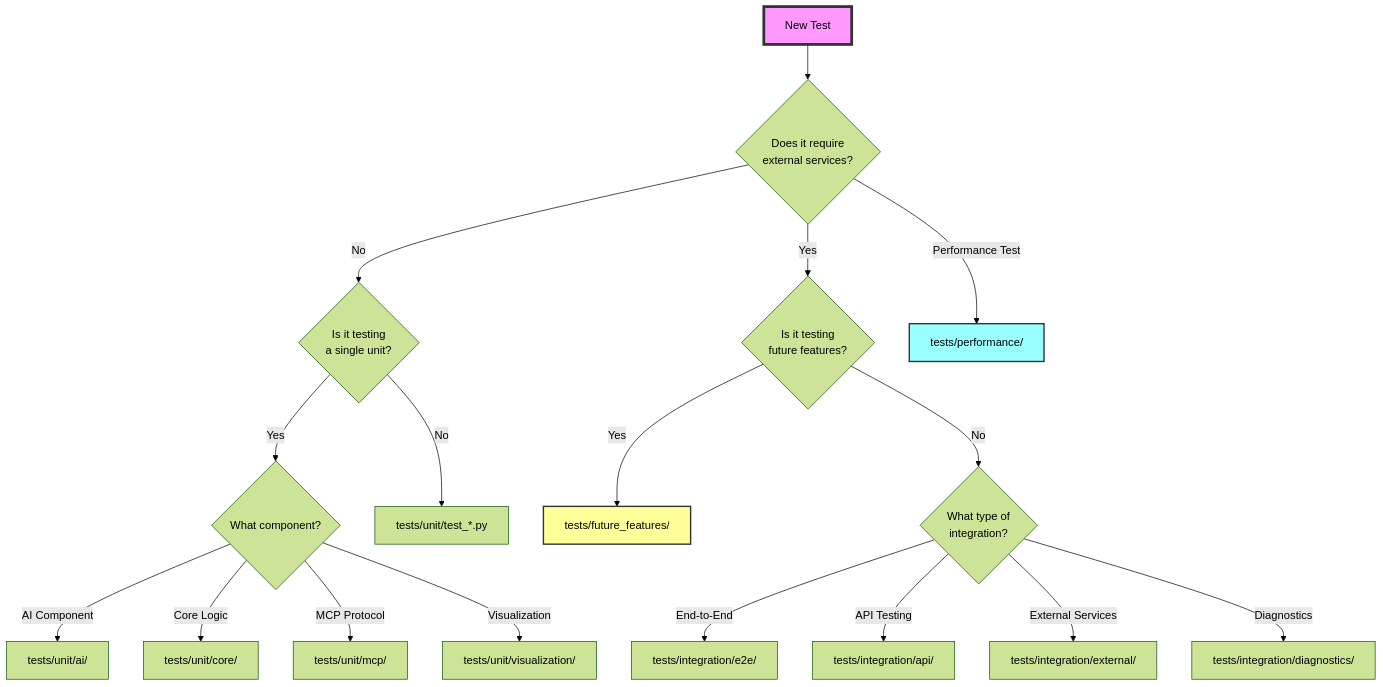
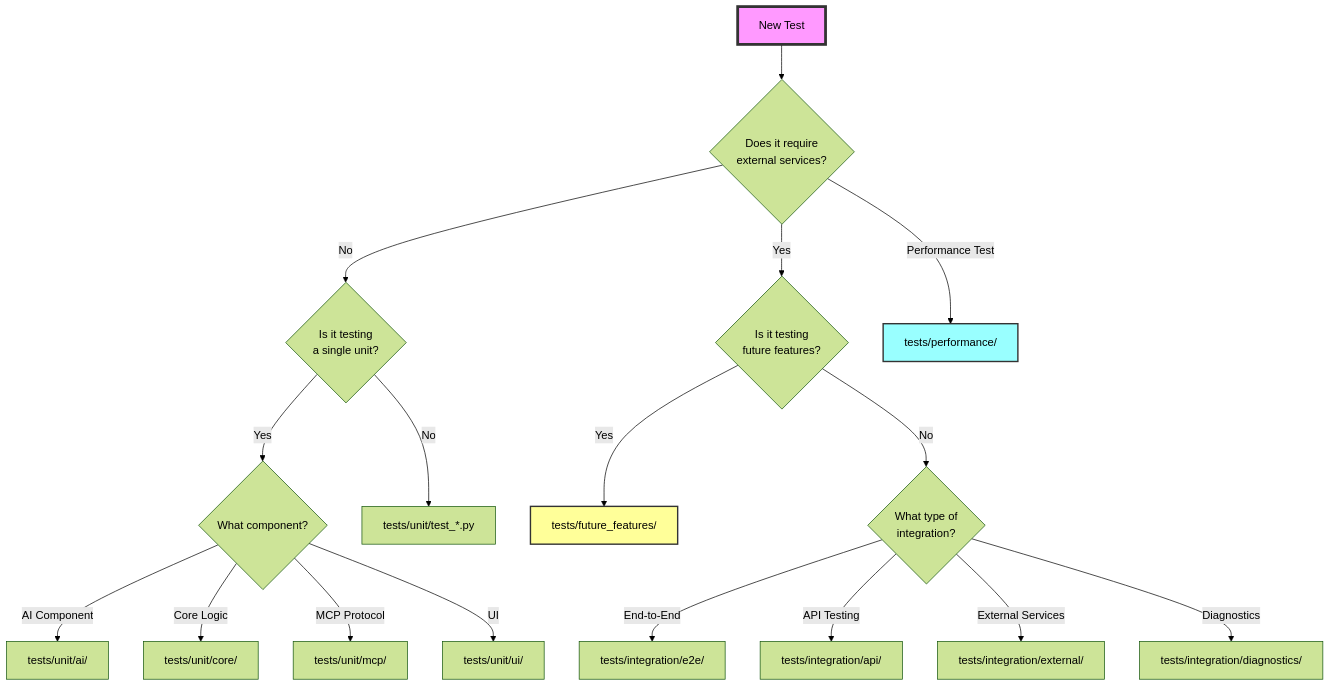
The diagram in tests/TEST_WRITING_GUIDE.md (lwgray/marcus), drawn with Mermaid (forest theme) before and after one commit. The commit also changed other lines of this file and 304 other files, not shown here.

````diff
--- a/tests/TEST_WRITING_GUIDE.md
+++ b/tests/TEST_WRITING_GUIDE.md
@@ -56,29 +56,29 @@
 ```mermaid
 graph TD
     A[New Test] --> B{Does it require<br/>external services?}
-    
+
     B -->|No| C{Is it testing<br/>a single unit?}
     B -->|Yes| D{Is it testing<br/>future features?}
-    
+
     C -->|Yes| E{What component?}
     C -->|No| F[tests/unit/test_*.py]
-    
+
     D -->|Yes| G[tests/future_features/]
     D -->|No| H{What type of<br/>integration?}
-    
+
     E -->|AI Component| I[tests/unit/ai/]
     E -->|Core Logic| J[tests/unit/core/]
     E -->|MCP Protocol| K[tests/unit/mcp/]
-    E -->|Visualization| L[tests/unit/visualization/]
-    
+    E -->|UI| L[tests/unit/ui/]
+
     H -->|End-to-End| M[tests/integration/e2e/]
     H -->|API Testing| N[tests/integration/api/]
     H -->|External Services| O[tests/integration/external/]
     H -->|Diagnostics| P[tests/integration/diagnostics/]
-    
+
     B -->|Performance Test| Q[tests/performance/]
-    
+
     style A fill:#f9f,stroke:#333,stroke-width:4px
     style G fill:#ff9,stroke:#333,stroke-width:2px
     style Q fill:#9ff,stroke:#333,stroke-width:2px
 ```
````
